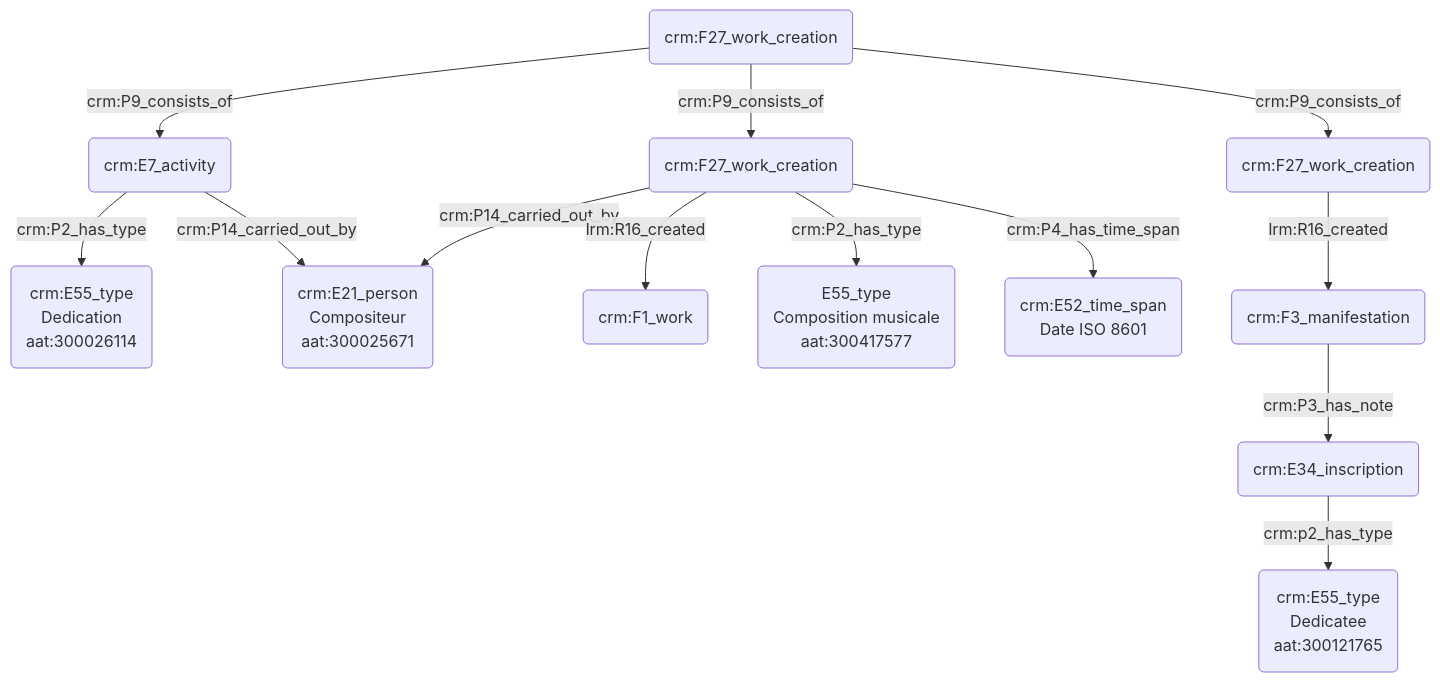
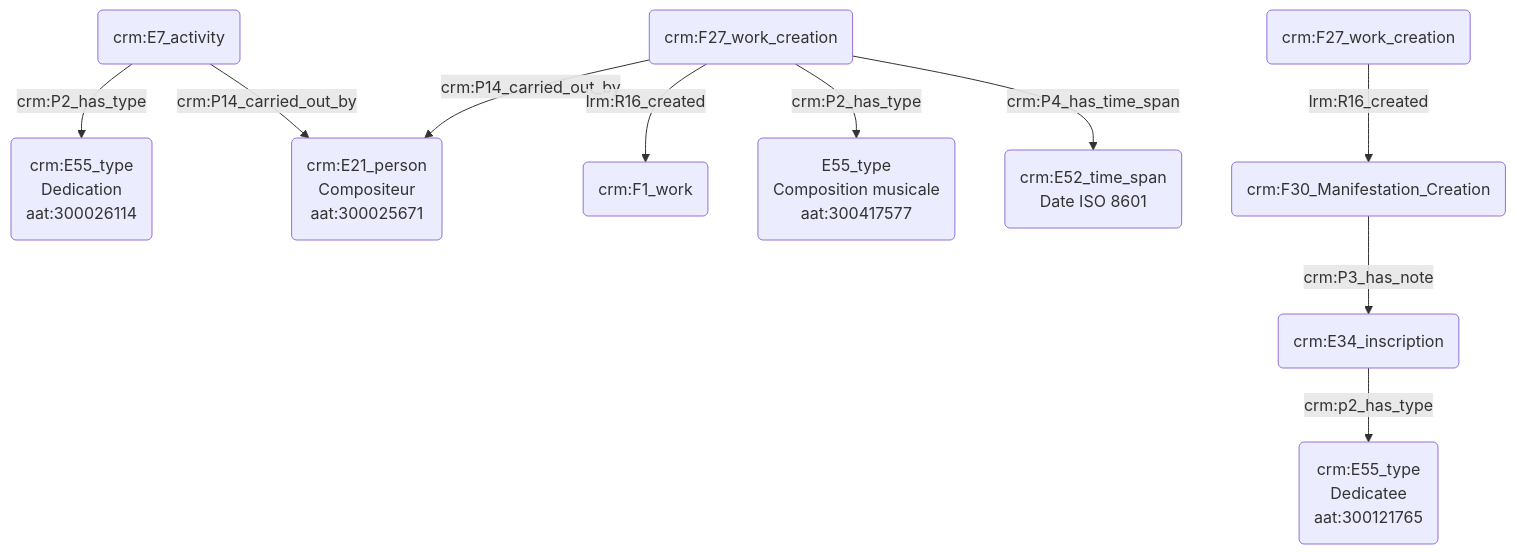
One commit to Amleth/consortium-musica2-gt2-ontologies changed the diagram in modules/livrables/Dossier 2/Indexation conceptuelle/dédicataire d'une œuvre.md. Above: the diagram before and after it, drawn with Mermaid.

Commit message:
Update dédicataire d'une œuvre.md

````diff
--- a/modules/livrables/Dossier 2/Indexation conceptuelle/dédicataire d'une œuvre.md
+++ b/modules/livrables/Dossier 2/Indexation conceptuelle/dédicataire d'une œuvre.md
@@ -17,20 +17,18 @@
 ```mermaid
 graph TD;
 
-M(crm:F27_work_creation) --> |crm:P9_consists_of| C(crm:E7_activity)
-M(crm:F27_work_creation) --> |crm:P9_consists_of| A(crm:F27_work_creation)
-M(crm:F27_work_creation) --> |crm:P9_consists_of| G(crm:F27_work_creation)
+
 
 C(crm:E7_activity) --> |crm:P2_has_type| O(crm:E55_type<br>Dedication<br>aat:300026114)
 C(crm:E7_activity) --> |crm:P14_carried_out_by| L(crm:E21_person<br>Compositeur<br>aat:300025671<br>URI)
 
 A(crm:F27_work_creation) --> |crm:P14_carried_out_by| L(crm:E21_person<br>Compositeur<br>aat:300025671)
 A(crm:F27_work_creation) --> |lrm:R16_created| B(crm:F1_work)
 A(crm:F27_work_creation) --> |crm:P2_has_type| N(E55_type<br>Composition musicale<br>aat:300417577)
 A(crm:F27_work_creation) --> |crm:P4_has_time_span| J(crm:E52_time_span<br>Date ISO 8601)
 
-G(crm:F27_work_creation) --> |lrm:R16_created| E(crm:F3_manifestation) 
-E(crm:F3_manifestation) --> |crm:P3_has_note| H(crm:E34_inscription)
+G(crm:F27_work_creation) --> |lrm:R16_created| E(crm:F30_Manifestation_Creation) 
+E(crm:F30_Manifestation_Creation) --> |crm:P3_has_note| H(crm:E34_inscription)
 H(crm:E34_inscription) --> |crm:p2_has_type| F(crm:E55_type<br>Dedicatee<br>aat:300121765)
 
 ```
````
